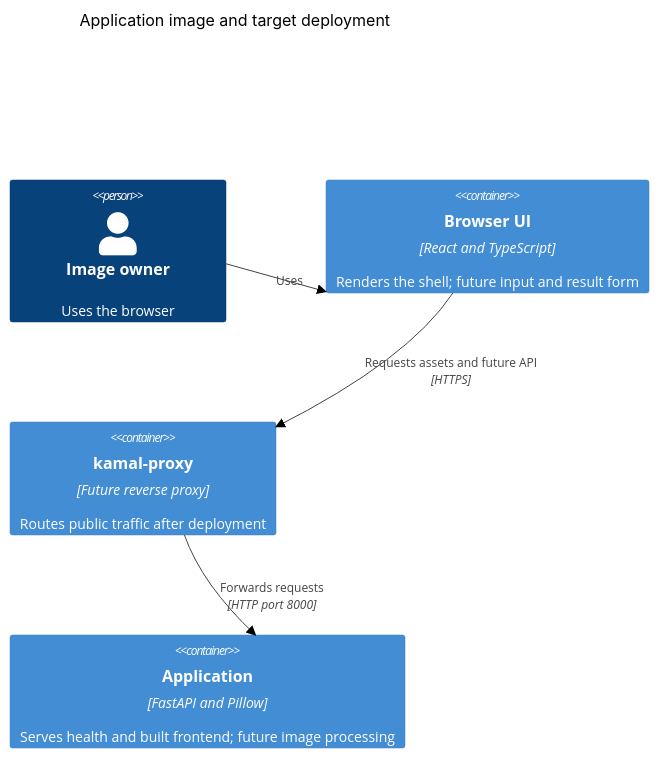
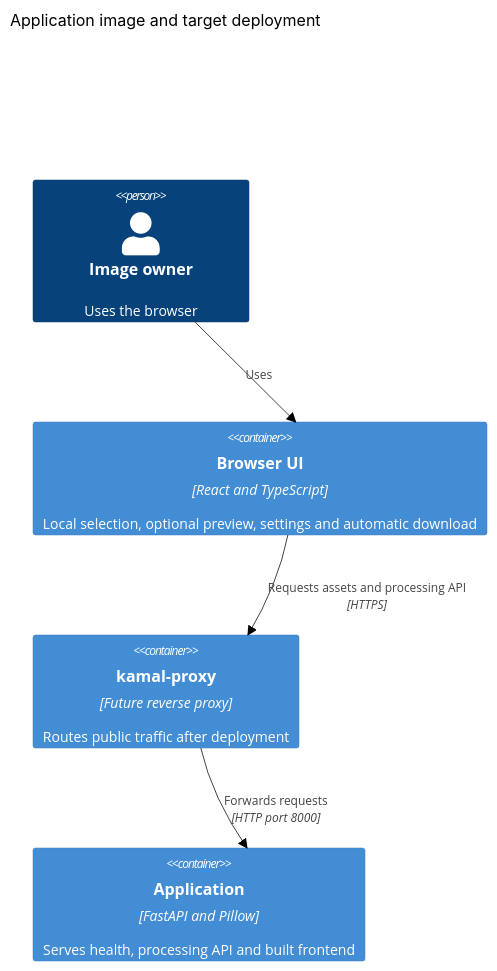
One commit to shved270189/image_compressor changed the second of 2 diagrams in docs/architecture-map.md. Above: the diagram before and after it, drawn with Mermaid (forest theme). The commit also changed other lines of this file and 2 other files, not shown here.

Commit message:
docs: describe image conversion and pending acceptance

````diff
--- a/docs/architecture-map.md
+++ b/docs/architecture-map.md
@@ -39,11 +39,11 @@
 ```mermaid
 C4Container
     title Application image and target deployment
     Person(user, "Image owner", "Uses the browser")
-    Container(ui, "Browser UI", "React and TypeScript", "Renders the shell; future input and result form")
+    Container(ui, "Browser UI", "React and TypeScript", "Local selection, optional preview, settings and automatic download")
     Container(proxy, "kamal-proxy", "Future reverse proxy", "Routes public traffic after deployment")
-    Container(app, "Application", "FastAPI and Pillow", "Serves health and built frontend; future image processing")
+    Container(app, "Application", "FastAPI and Pillow", "Serves health, processing API and built frontend")
     Rel(user, ui, "Uses")
-    Rel(ui, proxy, "Requests assets and future API", "HTTPS")
+    Rel(ui, proxy, "Requests assets and processing API", "HTTPS")
     Rel(proxy, app, "Forwards requests", "HTTP port 8000")
 ```
````
